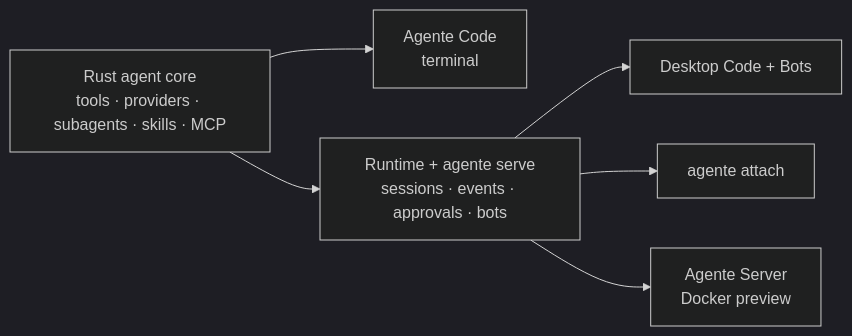
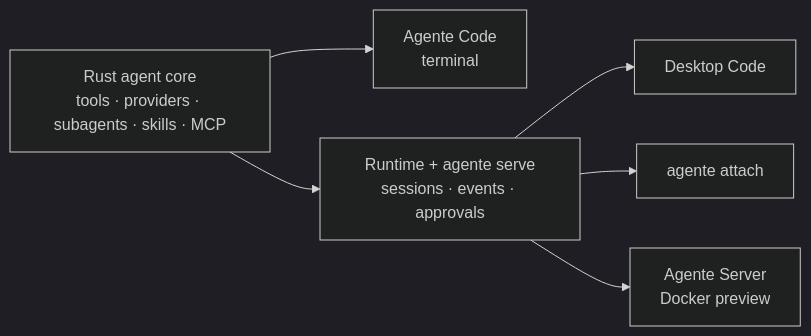
The diagram in README.md (fabricio3g/AgenteCode), drawn with Mermaid (dark theme) before and after one commit. The commit also changed other lines of this file and 441 other files, not shown here.

First line of the commit message:
Consolidate desktop and agent runtime updates

````diff
--- a/README.md
+++ b/README.md
@@ -257,8 +219,8 @@
 ```mermaid
 flowchart LR
   core["Rust agent core<br/>tools · providers · subagents · skills · MCP"] --> tui["Agente Code<br/>terminal"]
-  core --> runtime["Runtime + agente serve<br/>sessions · events · approvals · bots"]
-  runtime --> desktop["Desktop Code + Bots"]
+  core --> runtime["Runtime + agente serve<br/>sessions · events · approvals"]
+  runtime --> desktop["Desktop Code"]
   runtime --> attach["agente attach"]
   runtime --> server["Agente Server<br/>Docker preview"]
 ```
````
